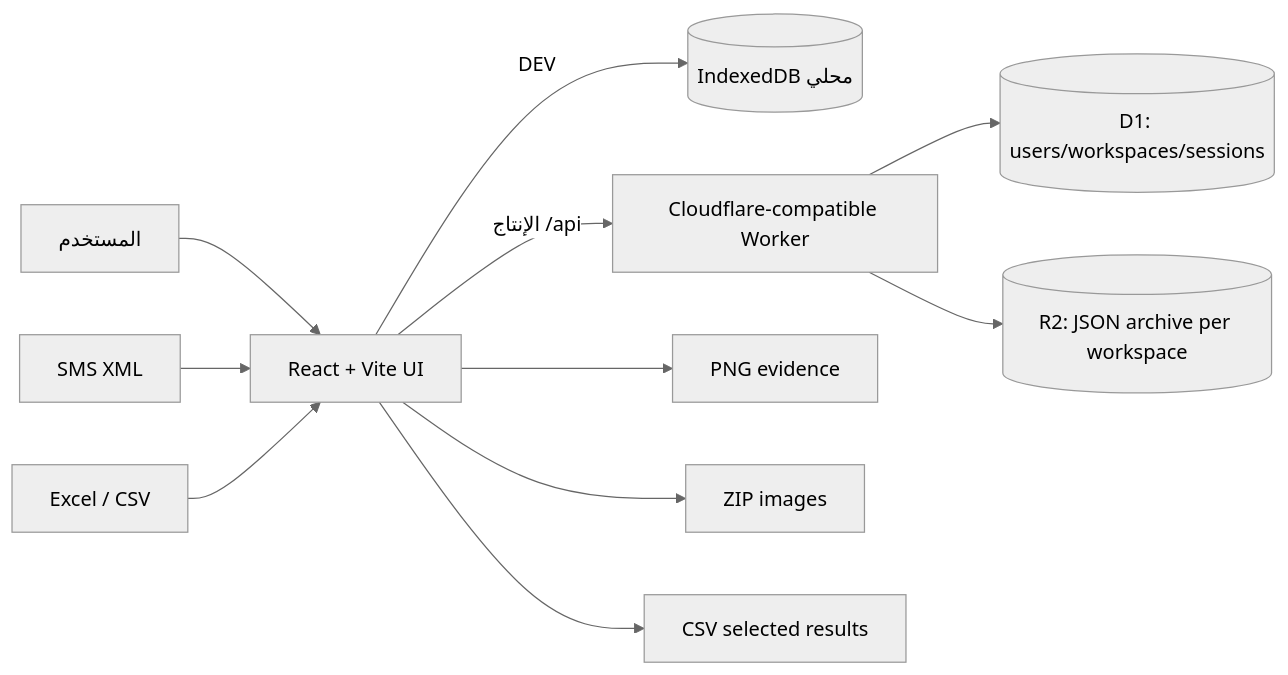
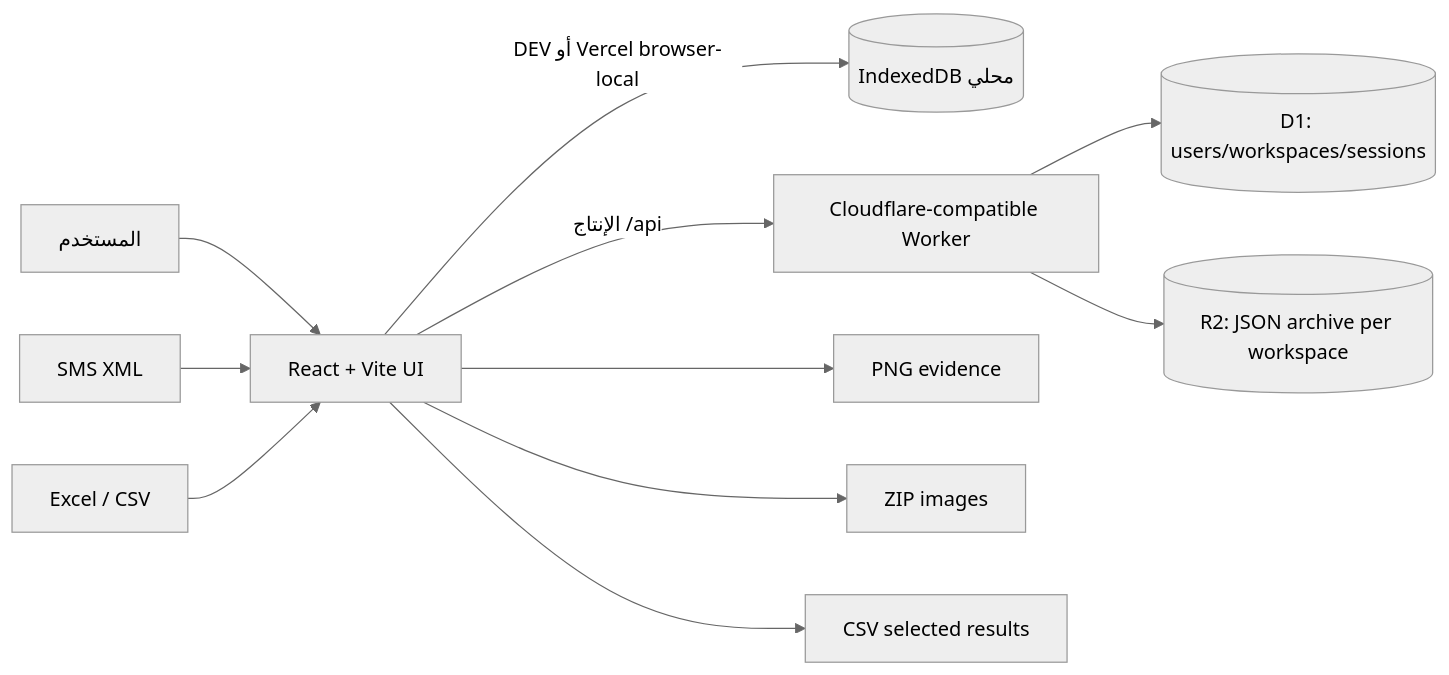
Before and after one commit to nasseh2005-byte/n9-SMS-web: the diagram in N9-SMS-WEB-HANDOFF.md, drawn with Mermaid (neutral theme). The commit also changed other lines of this file and 9 other files, not shown here.

Commit message:
Prepare browser-local Vercel deployment

````diff
--- a/N9-SMS-WEB-HANDOFF.md
+++ b/N9-SMS-WEB-HANDOFF.md
@@ -208,13 +209,13 @@
 ```mermaid
 flowchart LR
     U[المستخدم] --> UI[React + Vite UI]
-    UI -->|DEV| IDX[(IndexedDB محلي)]
+    UI -->|DEV أو Vercel browser-local| IDX[(IndexedDB محلي)]
     UI -->|الإنتاج /api| W[Cloudflare-compatible Worker]
     W --> D1[(D1: users/workspaces/sessions)]
     W --> R2[(R2: JSON archive per workspace)]
     XML[SMS XML] --> UI
     XLSX[Excel / CSV] --> UI
     UI --> PNG[PNG evidence]
     UI --> ZIP[ZIP images]
     UI --> CSV[CSV selected results]
 ```
````
